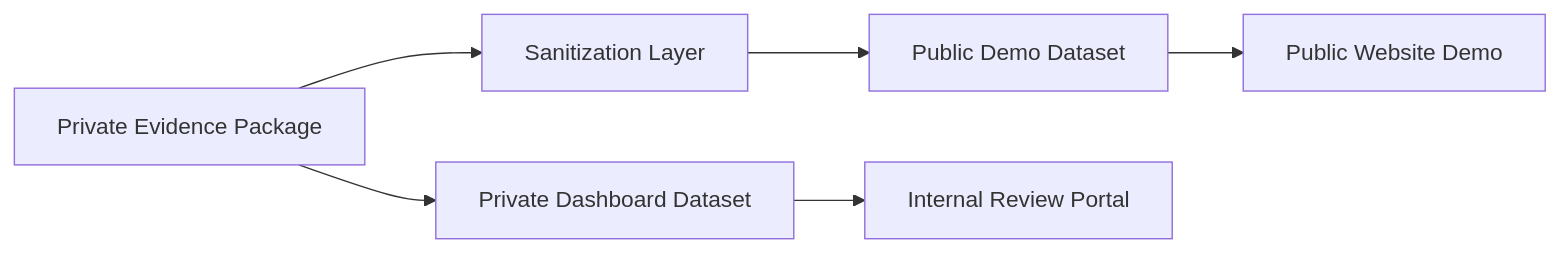
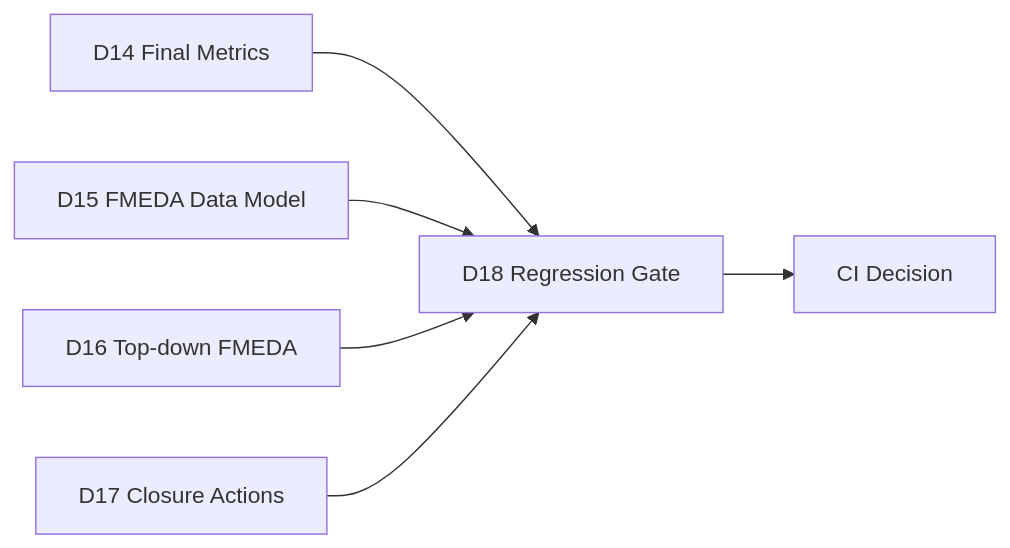
Before and after one commit to qiqixixi1001/automotive-safeic-practice: the third of 5 diagrams in articles/18_automotive_safeic_practice_d18_github_en_dashboard_and_website_demo.md, drawn with Mermaid. The commit also changed other lines of this file, not shown here.

````diff
--- a/articles/18_automotive_safeic_practice_d18_github_en_dashboard_and_website_demo.md
+++ b/articles/18_automotive_safeic_practice_d18_github_en_dashboard_and_website_demo.md
@@ -226,8 +403,8 @@
 ```mermaid
 flowchart LR
-    A[Private Evidence Package] --> B[Sanitization Layer]
-    B --> C[Public Demo Dataset]
-    A --> D[Private Dashboard Dataset]
-    C --> E[Public Website Demo]
-    D --> F[Internal Review Portal]
+    A[D14 Final Metrics] --> G[D18 Regression Gate]
+    B[D15 FMEDA Data Model] --> G
+    C[D16 Top-down FMEDA] --> G
+    D[D17 Closure Actions] --> G
+    G --> H[CI Decision]
 ```
````
